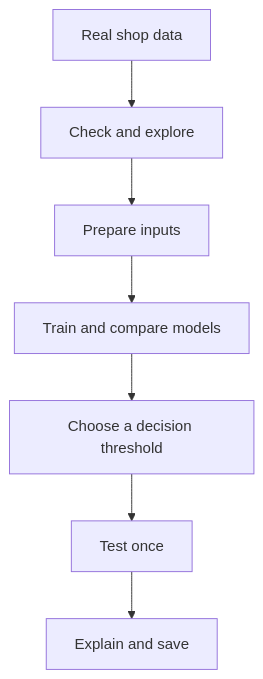
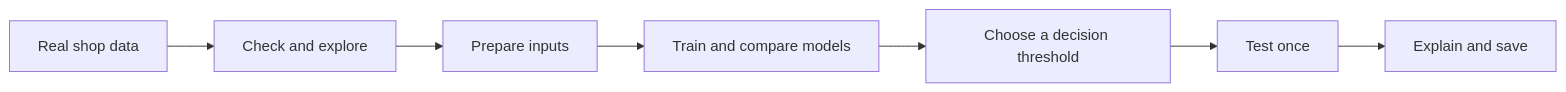
The diagram in README.md (Wadee19/ShopSense-AI), drawn with Mermaid before and after one commit.

Commit message:
docs: restore original left-to-right project workflow diagram

````diff
--- a/README.md
+++ b/README.md
@@ -17,9 +17,9 @@
 ```mermaid
-flowchart TD
+flowchart LR
     A[Real shop data] --> B[Check and explore]
     B --> C[Prepare inputs]
     C --> D[Train and compare models]
     D --> E[Choose a decision threshold]
     E --> F[Test once]
     F --> G[Explain and save]
 ```
````
